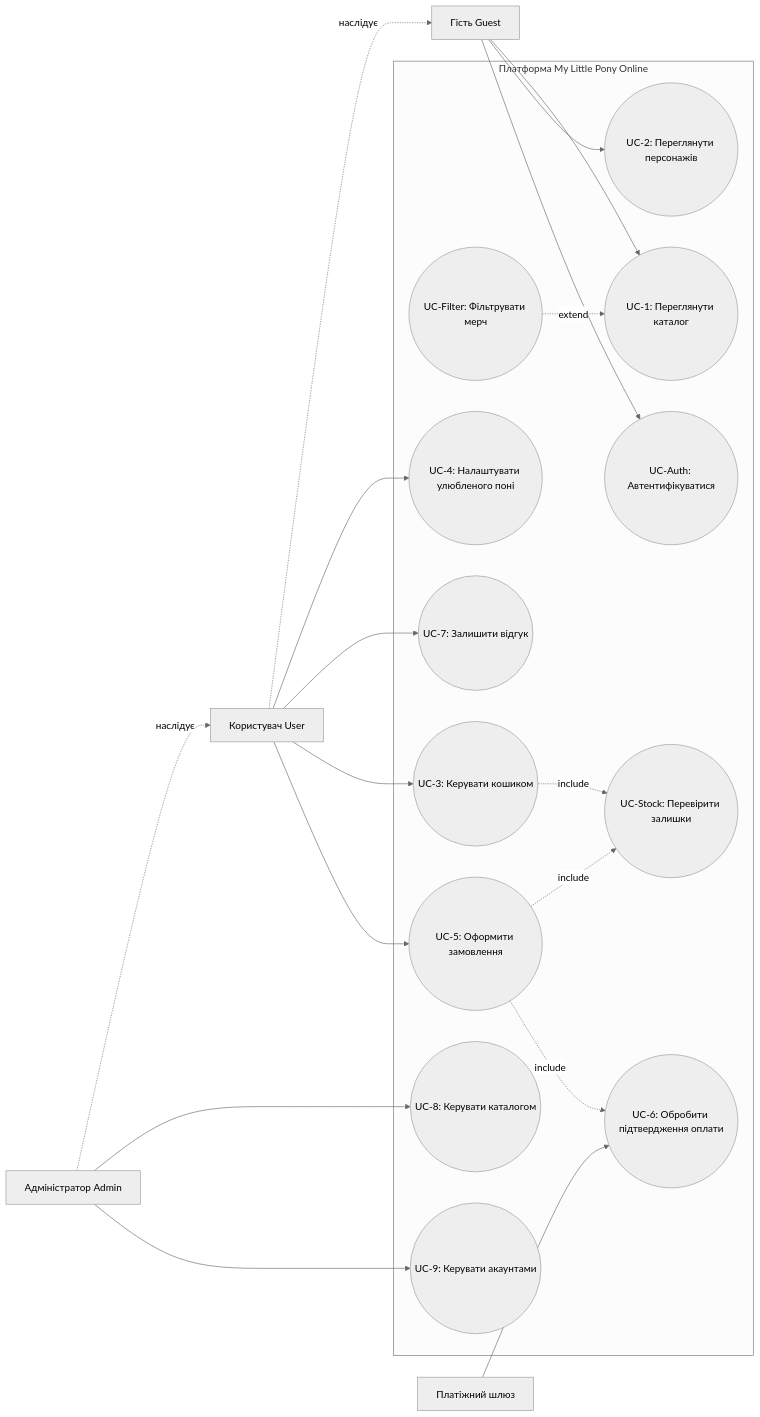
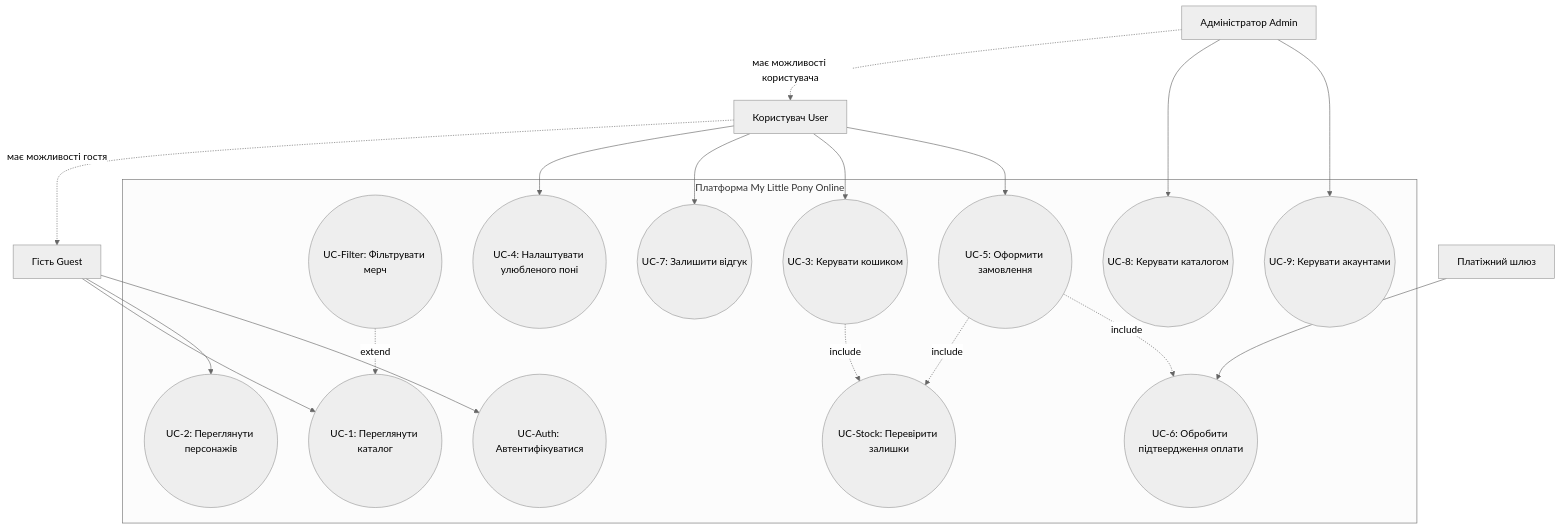
Before and after one commit to XxMariavxX/Mavpz-labs: the diagram in lab2/README.md, drawn with Mermaid (neutral theme). The commit also changed other lines of this file and 3 other files, not shown here.

````diff
--- a/lab2/README.md
+++ b/lab2/README.md
@@ -23,41 +23,41 @@
 ```mermaid
-flowchart LR
+flowchart TB
 	Guest[Гість Guest]
 	User[Користувач User]
 	Admin[Адміністратор Admin]
 	PG[Платіжний шлюз]
 
-	User -.->|наслідує| Guest
-	Admin -.->|наслідує| User
+	User -.->|має можливості гостя| Guest
+	Admin -.->|має можливості користувача| User
 
 	subgraph Platform[Платформа My Little Pony Online]
 		UC1((UC-1: Переглянути каталог))
 		UC2((UC-2: Переглянути персонажів))
 		UCF((UC-Filter: Фільтрувати мерч))
 		UCA((UC-Auth: Автентифікуватися))
 		UC4((UC-4: Налаштувати улюбленого поні))
 		UC7((UC-7: Залишити відгук))
 		UC3((UC-3: Керувати кошиком))
 		UC5((UC-5: Оформити замовлення))
 		UCS((UC-Stock: Перевірити залишки))
 		UC6((UC-6: Обробити підтвердження оплати))
 		UC8((UC-8: Керувати каталогом))
 		UC9((UC-9: Керувати акаунтами))
 	end
 
 	Guest --> UC1
 	Guest --> UC2
 	Guest --> UCA
 	User --> UC4
 	User --> UC7
 	User --> UC3
 	User --> UC5
 	Admin --> UC8
 	Admin --> UC9
 	PG --> UC6
 
 	UCF -.->|extend| UC1
 	UC3 -.->|include| UCS
 	UC5 -.->|include| UCS
 	UC5 -.->|include| UC6
 ```
````
